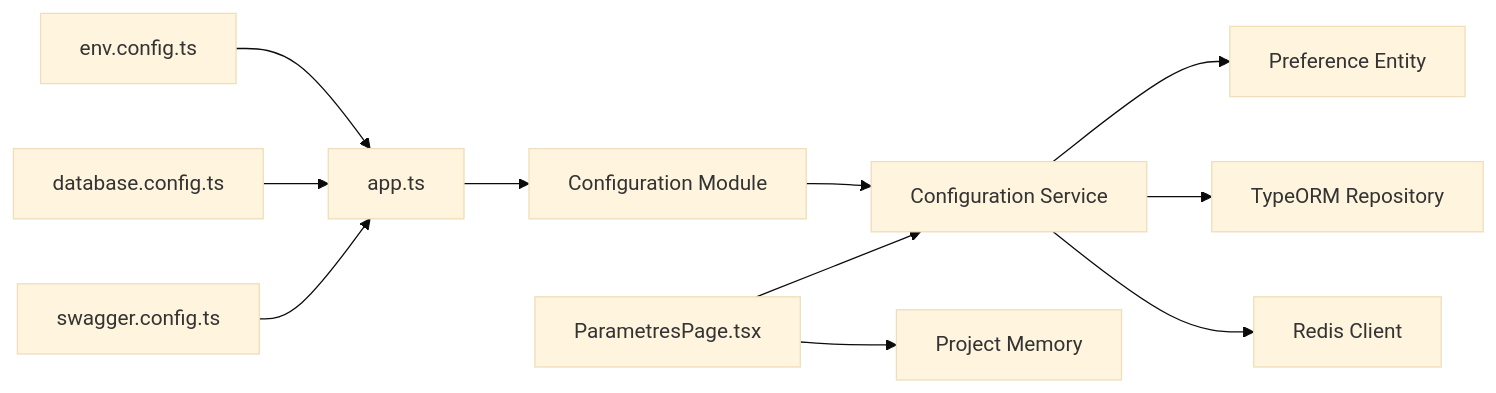
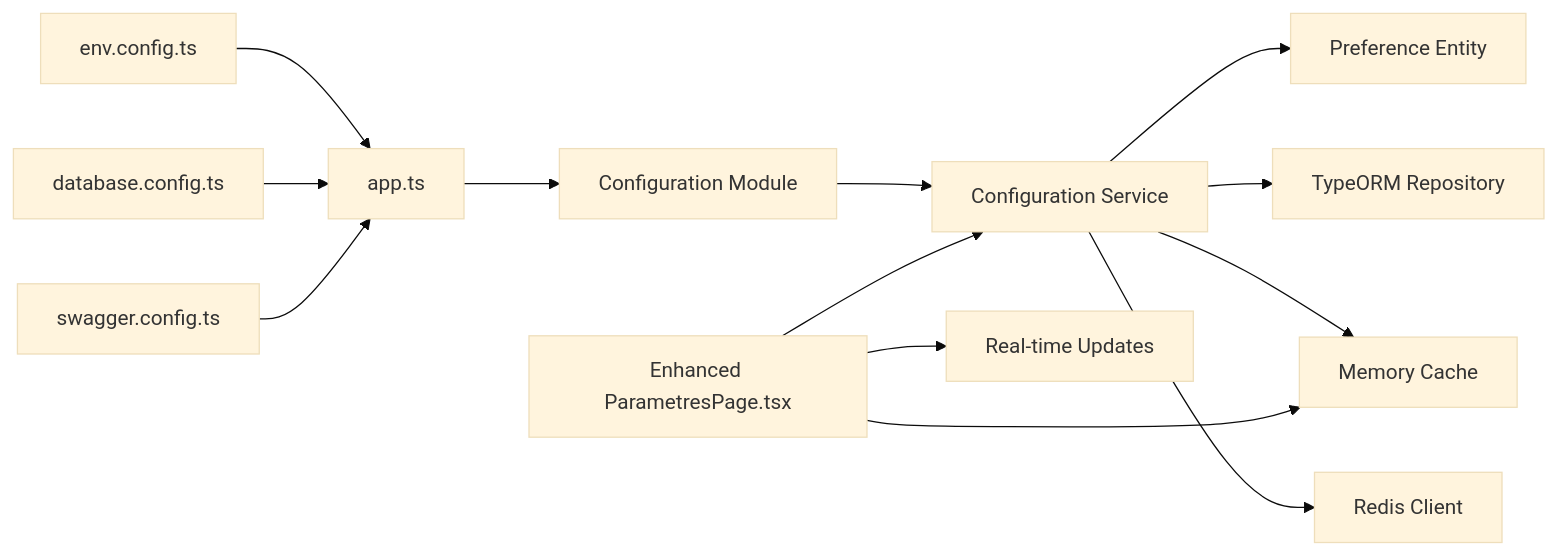
Before and after one commit to franckylab/eLISAschool: the fifth of 5 diagrams in .qoder/repowiki/en/content/System Architecture/Backend Architecture/Configuration & Environment Management.md, drawn with Mermaid (base theme). The commit also changed other lines of this file and 483 other files, not shown here.

````diff
--- a/.qoder/repowiki/en/content/System Architecture/Backend Architecture/Configuration & Environment Management.md
+++ b/.qoder/repowiki/en/content/System Architecture/Backend Architecture/Configuration & Environment Management.md
@@ -375,13 +391,15 @@
 ```mermaid
 graph LR
 Env["env.config.ts"] --> App["app.ts"]
 DB["database.config.ts"] --> App
 SW["swagger.config.ts"] --> App
 App --> ConfMod["Configuration Module"]
 ConfMod --> Svc["Configuration Service"]
 Svc --> Pref["Preference Entity"]
 Svc --> Repo["TypeORM Repository"]
+Svc --> MemCache["Memory Cache"]
 Svc --> Redis["Redis Client"]
-FE["ParametresPage.tsx"] --> Svc
-FE --> Mem["Project Memory"]
+FE["Enhanced ParametresPage.tsx"] --> MemCache
+FE --> Svc
+FE --> RT["Real-time Updates"]
 ```
````
